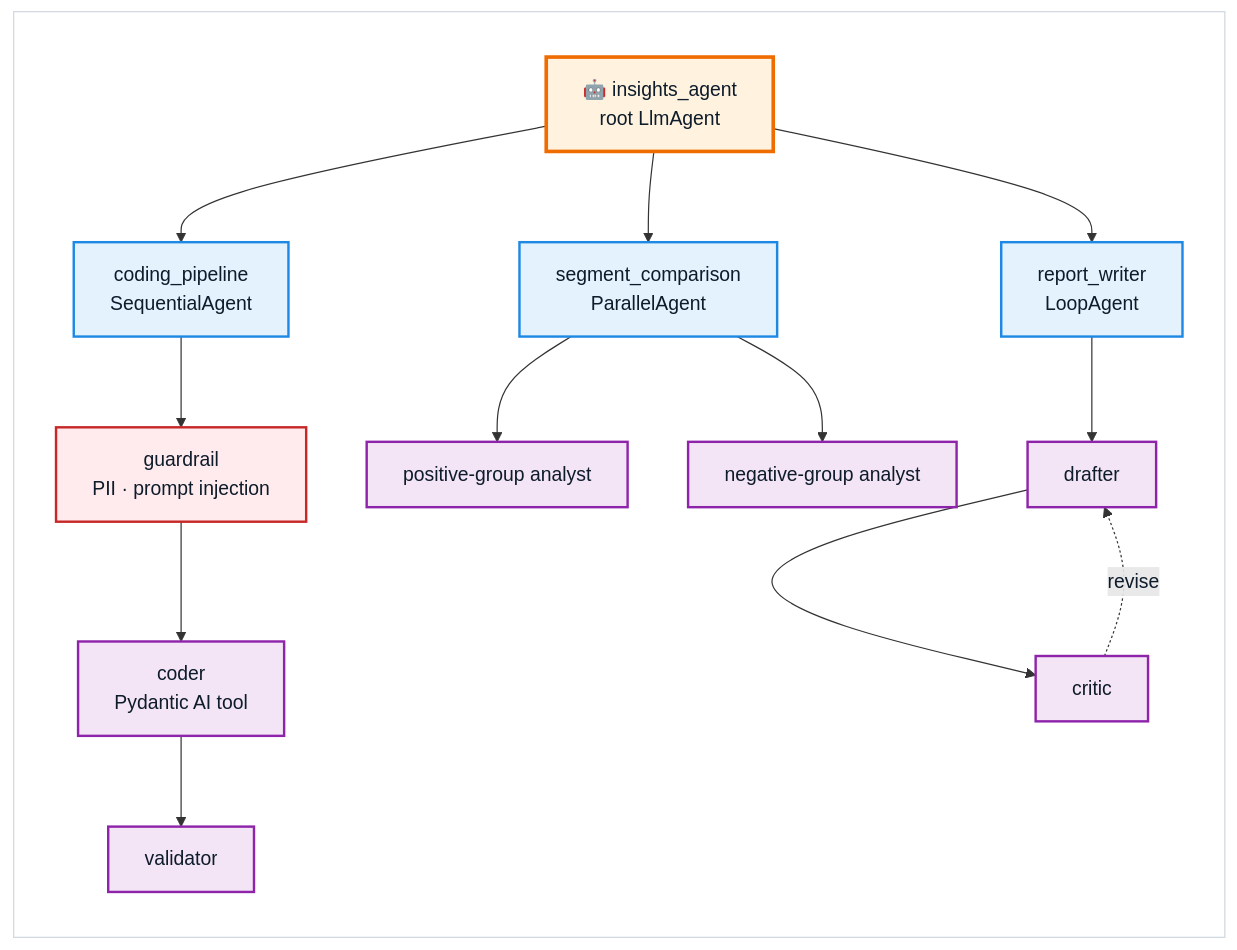
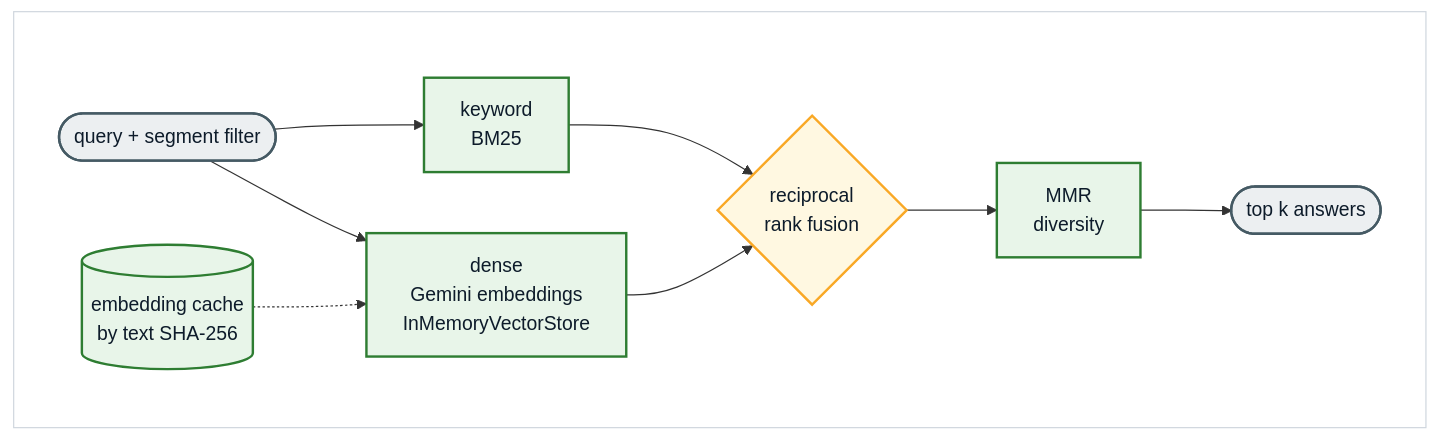
One commit to ryan-backer-ds/agentic-verbatim-coding changed the third of 7 diagrams in README.md. Above: the diagram before and after it, drawn with Mermaid. The commit also changed other lines of this file, not shown here.

````diff
--- a/README.md
+++ b/README.md
@@ -203,27 +257,22 @@
 ```mermaid
 %%{init: {'theme': 'default'}}%%
-flowchart TD
+flowchart LR
     subgraph FRAME[" "]
-        direction TD
-        ROOT["🤖 insights_agent<br/>root LlmAgent"]
-        ROOT --> CODE["coding_pipeline<br/>SequentialAgent"]
-        ROOT --> COMPARE["segment_comparison<br/>ParallelAgent"]
-        ROOT --> REPORT["report_writer<br/>LoopAgent"]
-
-        CODE --> G1["guardrail<br/>PII · prompt injection"] --> G2["coder<br/>Pydantic AI tool"] --> G3["validator"]
-        COMPARE --> P1["positive-group analyst"]
-        COMPARE --> P2["negative-group analyst"]
-        REPORT --> R1["drafter"] --> R2["critic"]
-        R2 -. "revise" .-> R1
+        direction LR
+        Q(["query + segment filter"]) --> D["dense<br/>Gemini embeddings<br/>InMemoryVectorStore"]
+        Q --> K["keyword<br/>BM25"]
+        D --> F{"reciprocal<br/>rank fusion"}
+        K --> F
+        F --> M["MMR<br/>diversity"]
+        M --> R(["top k answers"])
+        C[("embedding cache<br/>by text SHA-256")] -.-> D
     end
 
-    classDef root fill:#FFF3E0,stroke:#EF6C00,stroke-width:3px,color:#0D1B2A
-    classDef workflow fill:#E3F2FD,stroke:#1E88E5,stroke-width:2px,color:#0D1B2A
-    classDef leaf fill:#F3E5F5,stroke:#8E24AA,stroke-width:2px,color:#0D1B2A
-    classDef guard fill:#FFEBEE,stroke:#C62828,stroke-width:2px,color:#0D1B2A
-    class ROOT root
-    class CODE,COMPARE,REPORT workflow
-    class G2,G3,P1,P2,R1,R2 leaf
-    class G1 guard
+    classDef io fill:#ECEFF1,stroke:#455A64,stroke-width:2px,color:#0D1B2A
+    classDef step fill:#E8F5E9,stroke:#2E7D32,stroke-width:2px,color:#0D1B2A
+    classDef fuse fill:#FFF8E1,stroke:#F9A825,stroke-width:2px,color:#0D1B2A
+    class Q,R io
+    class D,K,M,C step
+    class F fuse
     style FRAME fill:#FFFFFF,stroke:#D0D7DE,stroke-width:1px,color:#FFFFFF
 ```
````
